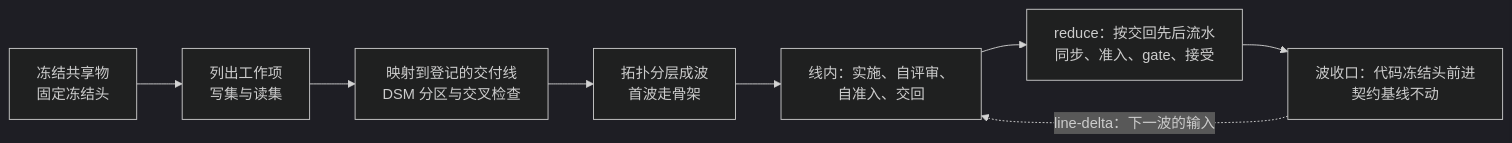
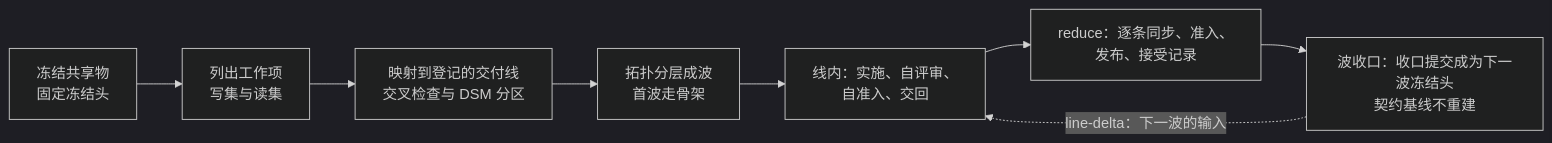
The first of 2 diagrams in .meta_harness/human/map-reduce-delivery/README.md (nemori-ai/omne-harness-lite), drawn with Mermaid (dark theme) before and after one commit. The commit also changed other lines of this file and 10 other files, not shown here.

````diff
--- a/.meta_harness/human/map-reduce-delivery/README.md
+++ b/.meta_harness/human/map-reduce-delivery/README.md
@@ -48,10 +73,10 @@
 ```mermaid
 flowchart LR
   F["冻结共享物<br/>固定冻结头"] --> W["列出工作项<br/>写集与读集"]
-  W --> M["映射到登记的交付线<br/>DSM 分区与交叉检查"]
+  W --> M["映射到登记的交付线<br/>交叉检查与 DSM 分区"]
   M --> L["拓扑分层成波<br/>首波走骨架"]
   L --> P["线内：实施、自评审、<br/>自准入、交回"]
-  P --> I["reduce：按交回先后流水<br/>同步、准入、gate、接受"]
-  I --> S["波收口：代码冻结头前进<br/>契约基线不动"]
+  P --> I["reduce：逐条同步、准入、<br/>发布、接受记录"]
+  I --> S["波收口：收口提交成为下一波冻结头<br/>契约基线不重建"]
   S -. "line-delta：下一波的输入" .-> P
 ```
````
